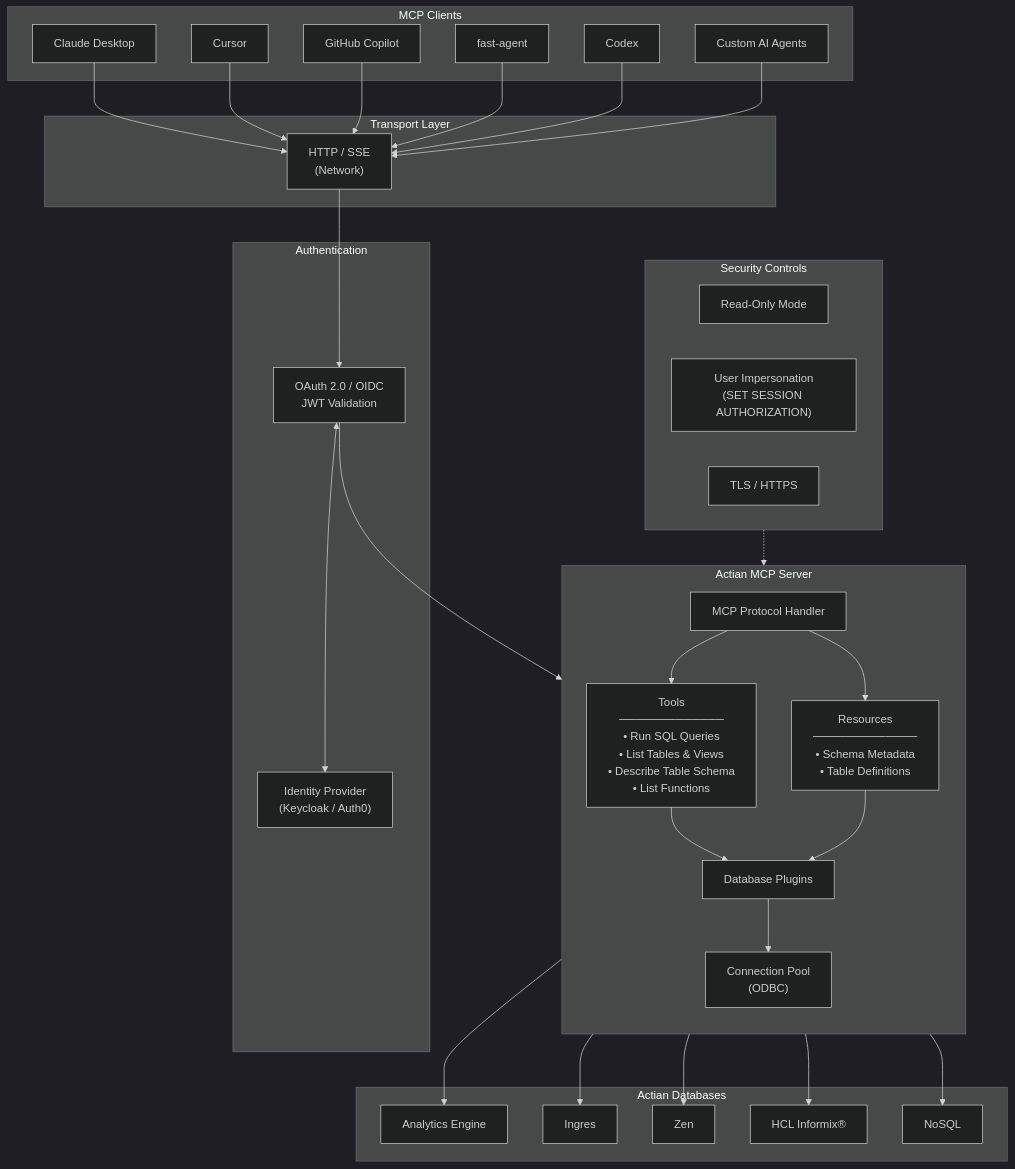
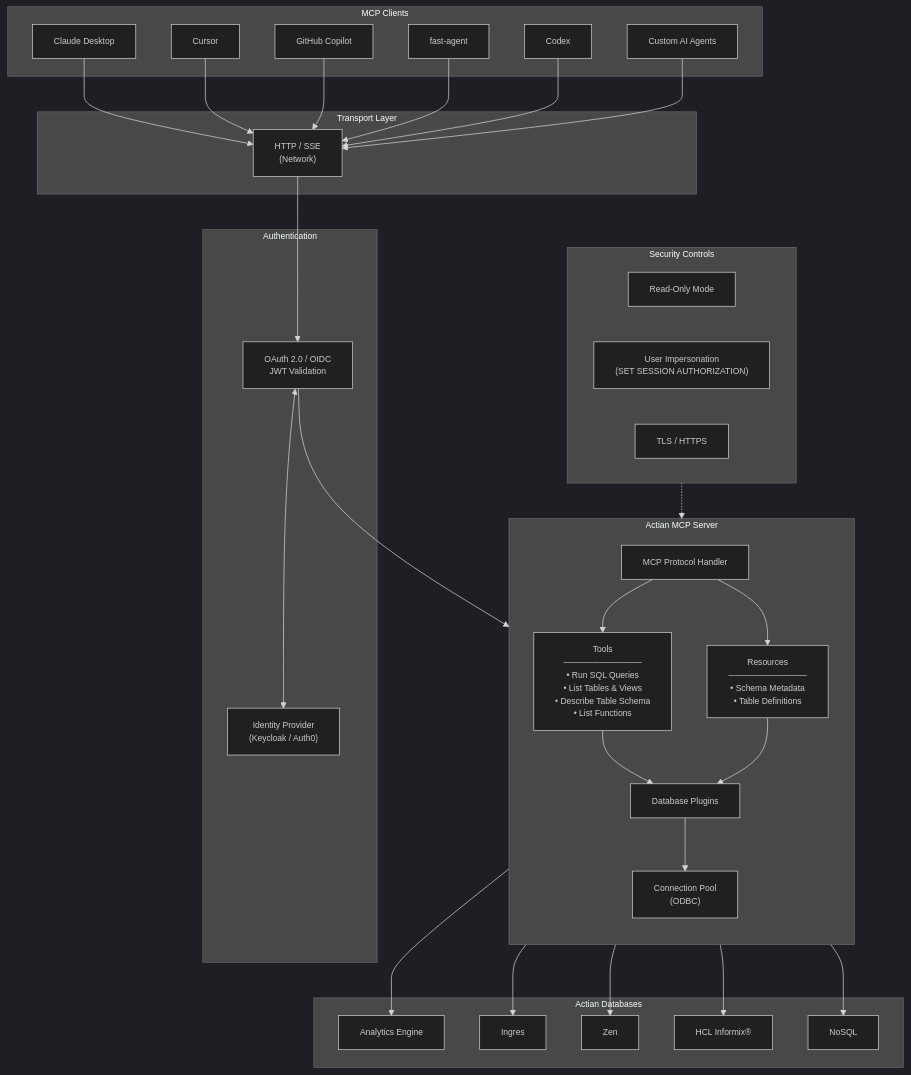
One commit to ActianCorp/mcp-server-docs changed the first of 2 diagrams in docs/intro/index.md. Above: the diagram before and after it, drawn with Mermaid. The commit also changed other lines of this file and 20 other files, not shown here.

````diff
--- a/docs/intro/index.md
+++ b/docs/intro/index.md
@@ -32,71 +32,71 @@
 ```mermaid
-%%{init: {'theme': 'dark', 'themeVariables': {'fontSize': '16px', 'fontFamily': 'arial'}}}%%
+%%{init: {'theme': 'dark', 'themeVariables': {'fontSize': '12px', 'fontFamily': 'arial'}}}%%
 flowchart TB
     subgraph Clients["MCP Clients"]
         claude["Claude Desktop"]
         cursor["Cursor"]
         copilot["GitHub Copilot"]
         fastagent["fast-agent"]
         codex["Codex"]
         custom["Custom AI Agents"]
     end
 
     subgraph Transport["Transport Layer"]
         http["HTTP / SSE
 (Network)"]
     end
 
     subgraph Auth["Authentication"]
         idp["Identity Provider
 (Keycloak / Auth0)"]
         oauth["OAuth 2.0 / OIDC
 JWT Validation"]
     end
 
     subgraph MCP["Actian MCP Server"]
         direction TB
         core["MCP Protocol Handler"]
         tools["Tools
 ─────────────
 • Run SQL Queries
 • List Tables & Views
 • Describe Table Schema
 • List Functions"]
         resources["Resources
 ─────────────
 • Schema Metadata
 • Table Definitions"]
         plugins["Database Plugins"]
         pool["Connection Pool
 (ODBC)"]
     end
 
     subgraph Databases["Actian Databases"]
         ae["Analytics Engine"]
         ingres["Ingres"]
         zen["Zen"]
         informix["HCL Informix®"]
         nosql["NoSQL"]
     end
 
     subgraph Security["Security Controls"]
         readonly["Read-Only Mode"]
         impersonation["User Impersonation
 (SET SESSION AUTHORIZATION)"]
         tls["TLS / HTTPS"]
     end
 
     claude & cursor & copilot & fastagent & codex & custom --> http
 
     http --> oauth
     oauth <--> idp
     oauth --> core
 
     core --> tools & resources
     tools & resources --> plugins
     plugins --> pool
 
     pool --> ae & ingres & zen & informix & nosql
 
     Security -.-> MCP
 ```
````
